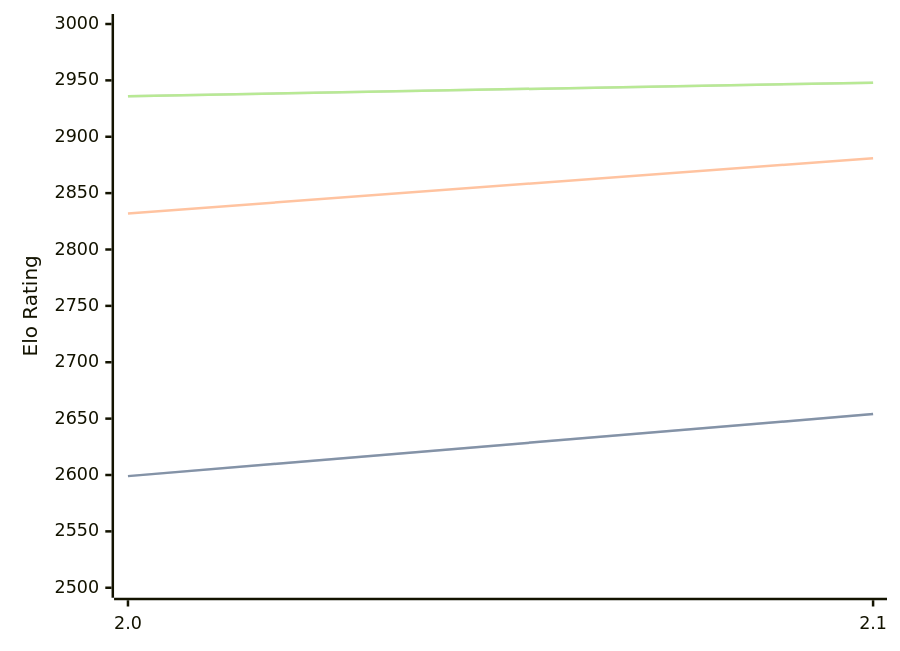
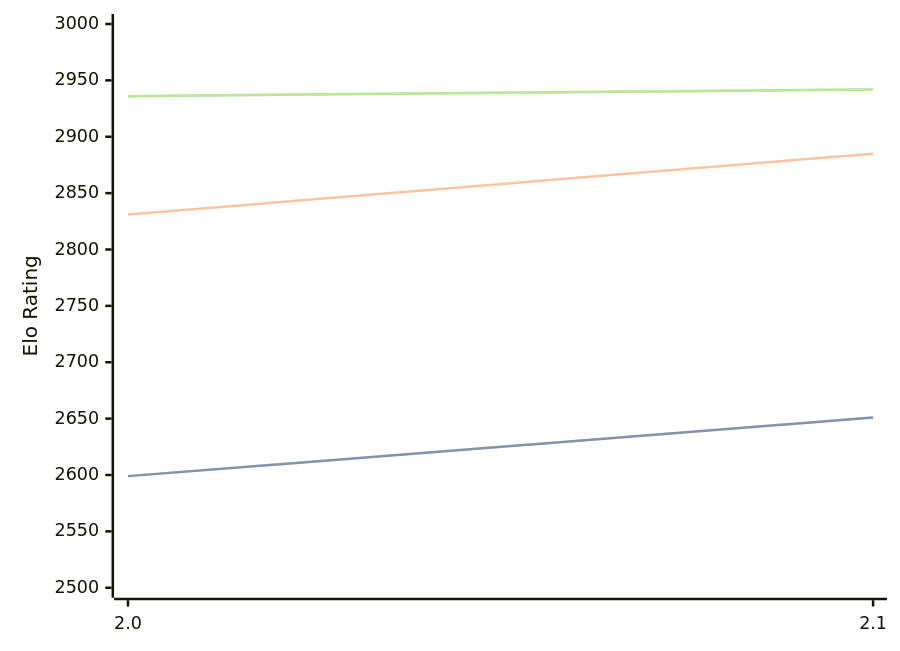
One commit to computer-chess-index/cci changed the diagram in engines/Noggin.md. Above: the diagram before and after it, drawn with Mermaid. The commit also changed other lines of this file, not shown here.

Commit message:
Update CCI Ratings (ELO VLTC) - 2026-09-11

````diff
--- a/engines/Noggin.md
+++ b/engines/Noggin.md
@@ -33,11 +33,11 @@
 ```mermaid
 %%{init: {"theme":"base","themeVariables":{"seriesColors:['#a3a3a3','#222221','#faa371']}}}%%
 xychart-beta
   x-axis ["2.0", "2.1"]
   y-axis "Elo Rating" 2500 --> 3000
-  line "" [2599, 2654]
-  line "STC (8.0+0.08s)" [2599, 2654]
-  line "LTC (60.0+0.60s)" [2832, 2881]
-  line "" [2936, 2948]
-  line "VLTC (2m24s+1.12s)" [2936, 2948]
+  line "" [2599, 2651]
+  line "STC (8.0+0.08s)" [2599, 2651]
+  line "LTC (60.0+0.60s)" [2831, 2885]
+  line "" [2936, 2942]
+  line "VLTC (2m24s+1.12s)" [2936, 2942]
 ```
````
